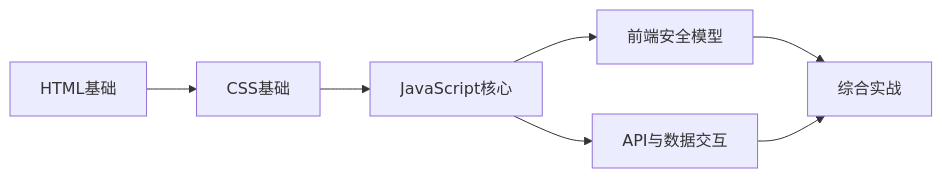
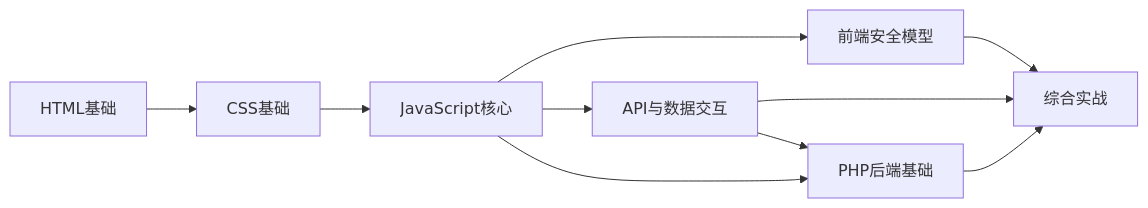
Before and after one commit to missercatos/RootStack: the diagram in red_team/前端基础/前端基础总目录.md, drawn with Mermaid. The commit also changed other lines of this file and 14 other files, not shown here.

````diff
--- a/red_team/前端基础/前端基础总目录.md
+++ b/red_team/前端基础/前端基础总目录.md
@@ -50,9 +61,12 @@
 ```mermaid
 flowchart LR
  A[HTML基础] --> B[CSS基础]
  B --> C[JavaScript核心]
  C --> D[前端安全模型]
  C --> E[API与数据交互]
  D --> F[综合实战]
  E --> F
+ E --> G[PHP后端基础]
+ C --> G
+ G --> F
 ```
````
